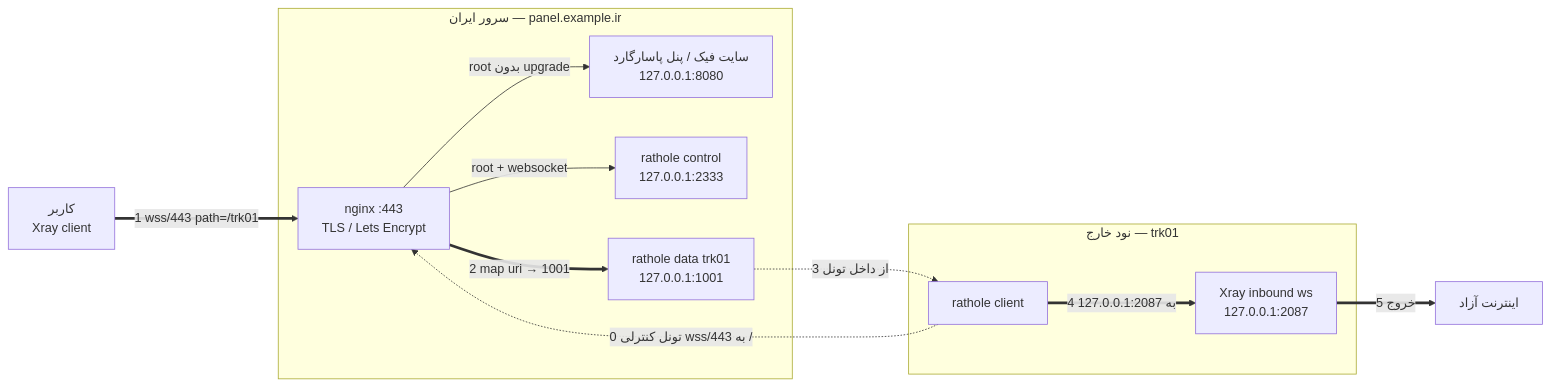
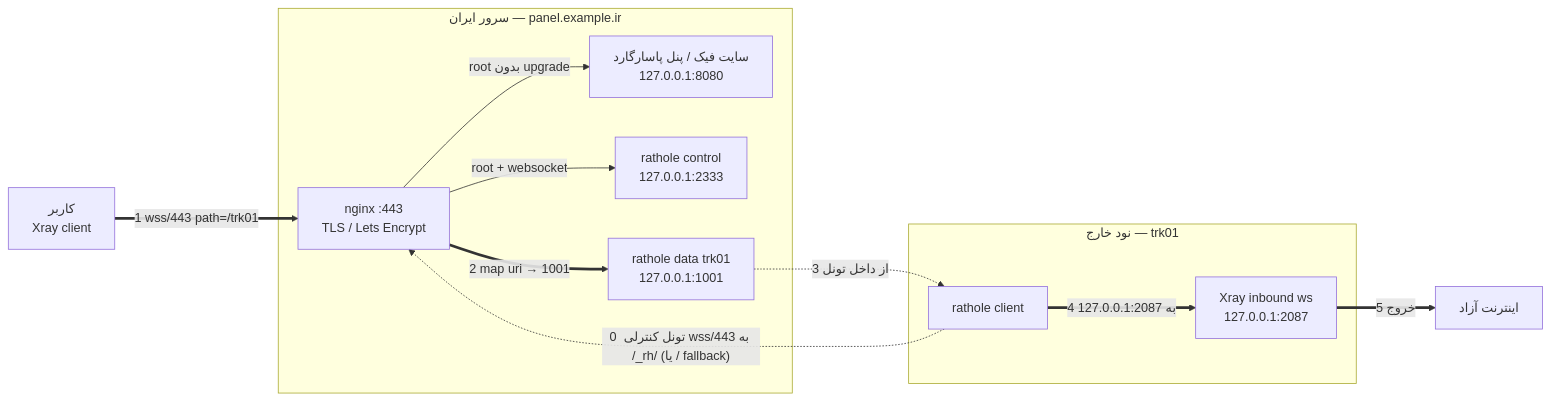
The first of 2 diagrams in docs/traffic-flow.md (l8PYGIT/RatholeEngine), drawn with Mermaid before and after one commit. The commit also changed other lines of this file and 24 other files, not shown here.

````diff
--- a/docs/traffic-flow.md
+++ b/docs/traffic-flow.md
@@ -53,27 +55,27 @@
 ```mermaid
 flowchart LR
     U["کاربر<br/>Xray client"]
     NET["اینترنت آزاد"]
 
     subgraph IR["سرور ایران — panel.example.ir"]
         NG["nginx :443<br/>TLS / Lets Encrypt"]
         FK["سایت فیک / پنل پاسارگارد<br/>127.0.0.1:8080"]
         RC["rathole control<br/>127.0.0.1:2333"]
         RD["rathole data trk01<br/>127.0.0.1:1001"]
     end
 
     subgraph NODE["نود خارج — trk01"]
         CL["rathole client"]
         XR["Xray inbound ws<br/>127.0.0.1:2087"]
     end
 
-    CL -. "0  تونل کنترلی wss/443 به /" .-> NG
+    CL -. "0  تونل کنترلی wss/443 به /_rh/<hex> (یا / fallback)" .-> NG
     NG -- "root + websocket" --> RC
 
     U == "1  wss/443  path=/trk01" ==> NG
     NG -- "root بدون upgrade" --> FK
     NG == "2  map uri → 1001" ==> RD
     RD -. "3  از داخل تونل" .-> CL
     CL == "4  به 127.0.0.1:2087" ==> XR
     XR == "5  خروج" ==> NET
 ```
````
